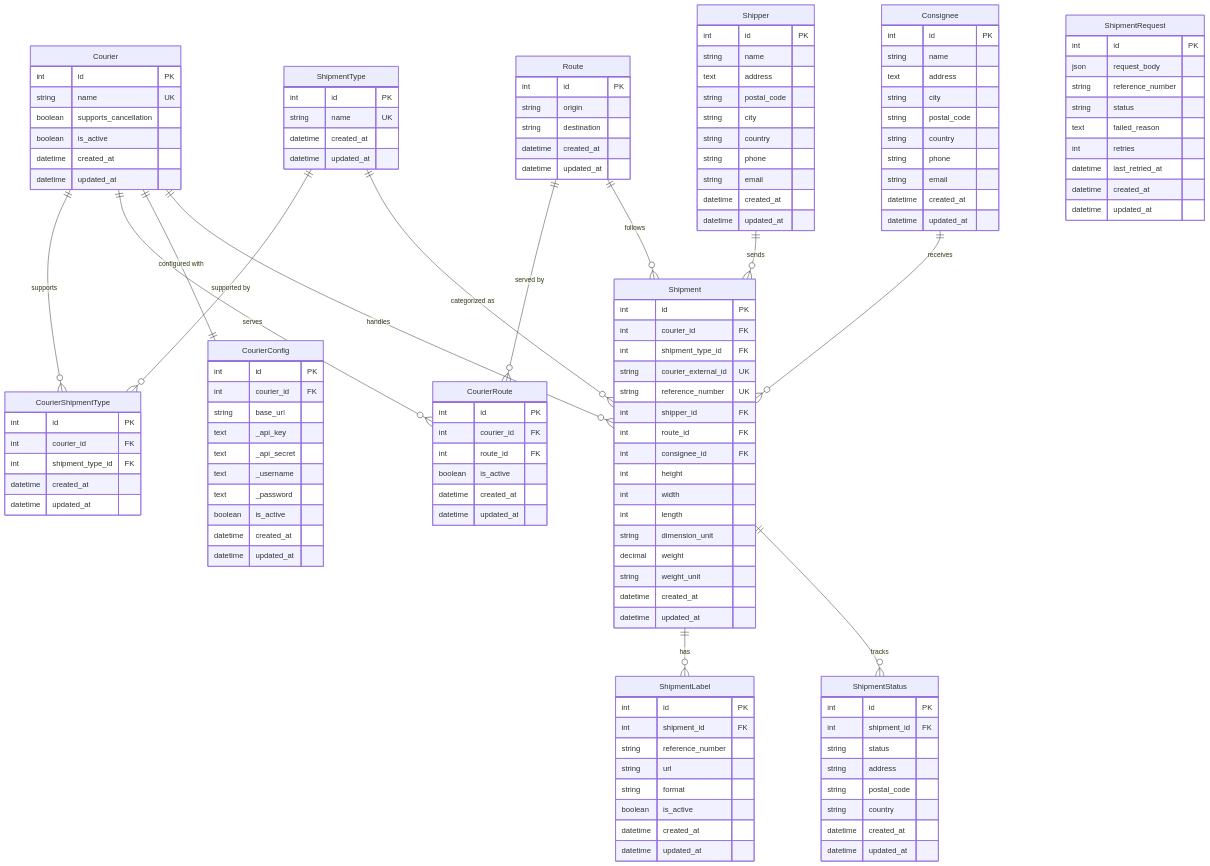
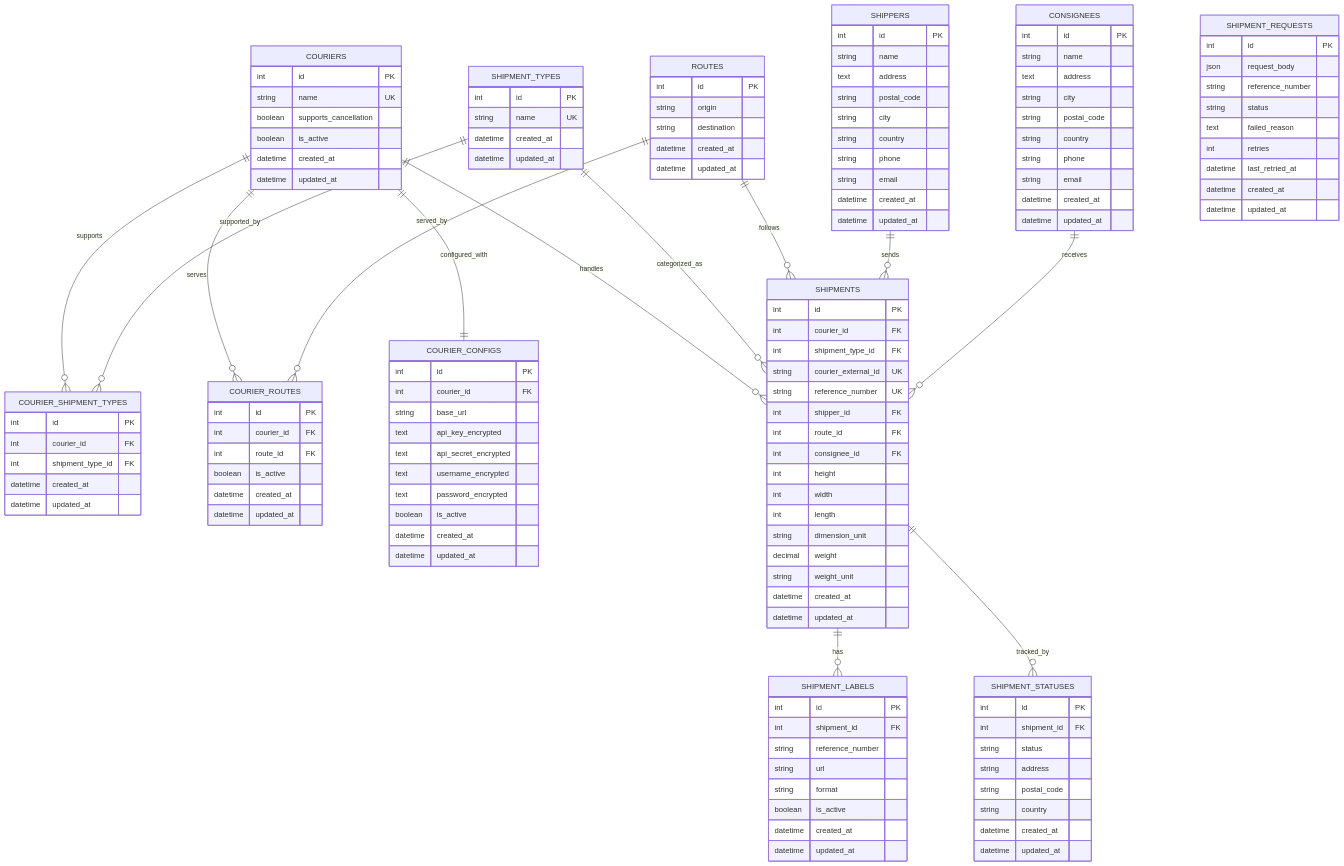
One commit to syed-zunnurain/couriers-unified changed the third of 8 diagrams in README.md. Above: the diagram before and after it, drawn with Mermaid. The commit also changed other lines of this file and 14 other files, not shown here.

````diff
--- a/README.md
+++ b/README.md
@@ -110,6 +207,6 @@
 ```mermaid
 erDiagram
-    Courier {
+    COURIERS {
         int id PK
         string name UK
         boolean supports_cancellation
@@ -118,14 +215,22 @@
         datetime updated_at
     }
     
-    ShipmentType {
+    SHIPMENT_TYPES {
         int id PK
         string name UK
         datetime created_at
         datetime updated_at
     }
     
-    CourierShipmentType {
+    ROUTES {
+        int id PK
+        string origin
+        string destination
+        datetime created_at
+        datetime updated_at
+    }
+    
+    COURIER_SHIPMENT_TYPES {
         int id PK
         int courier_id FK
         int shipment_type_id FK
@@ -133,15 +238,7 @@
         datetime updated_at
     }
     
-    Route {
-        int id PK
-        string origin
-        string destination
-        datetime created_at
-        datetime updated_at
-    }
-    
-    CourierRoute {
+    COURIER_ROUTES {
         int id PK
         int courier_id FK
         int route_id FK
@@ -150,20 +247,20 @@
         datetime updated_at
     }
     
-    CourierConfig {
+    COURIER_CONFIGS {
         int id PK
         int courier_id FK
         string base_url
-        text _api_key
-        text _api_secret
-        text _username
-        text _password
+        text api_key_encrypted
+        text api_secret_encrypted
+        text username_encrypted
+        text password_encrypted
         boolean is_active
         datetime created_at
         datetime updated_at
     }
     
-    Shipper {
+    SHIPPERS {
         int id PK
         string name
         text address
@@ -176,7 +273,7 @@
         datetime updated_at
     }
     
-    Consignee {
+    CONSIGNEES {
         int id PK
         string name
         text address
@@ -189,7 +286,7 @@
         datetime updated_at
     }
     
-    Shipment {
+    SHIPMENTS {
         int id PK
         int courier_id FK
         int shipment_type_id FK
@@ -208,7 +305,7 @@
         datetime updated_at
     }
     
-    ShipmentRequest {
+    SHIPMENT_REQUESTS {
         int id PK
         json request_body
         string reference_number
@@ -220,7 +317,7 @@
         datetime updated_at
     }
     
-    ShipmentLabel {
+    SHIPMENT_LABELS {
         int id PK
         int shipment_id FK
         string reference_number
@@ -231,7 +328,7 @@
         datetime updated_at
     }
     
-    ShipmentStatus {
+    SHIPMENT_STATUSES {
         int id PK
         int shipment_id FK
         string status
@@ -242,16 +339,16 @@
         datetime updated_at
     }
     
-    Courier ||--o{ CourierShipmentType : "supports"
-    ShipmentType ||--o{ CourierShipmentType : "supported by"
-    Courier ||--o{ CourierRoute : "serves"
-    Route ||--o{ CourierRoute : "served by"
-    Courier ||--|| CourierConfig : "configured with"
-    Courier ||--o{ Shipment : "handles"
-    ShipmentType ||--o{ Shipment : "categorized as"
-    Shipper ||--o{ Shipment : "sends"
-    Consignee ||--o{ Shipment : "receives"
-    Route ||--o{ Shipment : "follows"
-    Shipment ||--o{ ShipmentLabel : "has"
-    Shipment ||--o{ ShipmentStatus : "tracks"
+    COURIERS ||--o{ COURIER_SHIPMENT_TYPES : supports
+    SHIPMENT_TYPES ||--o{ COURIER_SHIPMENT_TYPES : supported_by
+    COURIERS ||--o{ COURIER_ROUTES : serves
+    ROUTES ||--o{ COURIER_ROUTES : served_by
+    COURIERS ||--|| COURIER_CONFIGS : configured_with
+    COURIERS ||--o{ SHIPMENTS : handles
+    SHIPMENT_TYPES ||--o{ SHIPMENTS : categorized_as
+    ROUTES ||--o{ SHIPMENTS : follows
+    SHIPPERS ||--o{ SHIPMENTS : sends
+    CONSIGNEES ||--o{ SHIPMENTS : receives
+    SHIPMENTS ||--o{ SHIPMENT_LABELS : has
+    SHIPMENTS ||--o{ SHIPMENT_STATUSES : tracked_by
 ```
````
